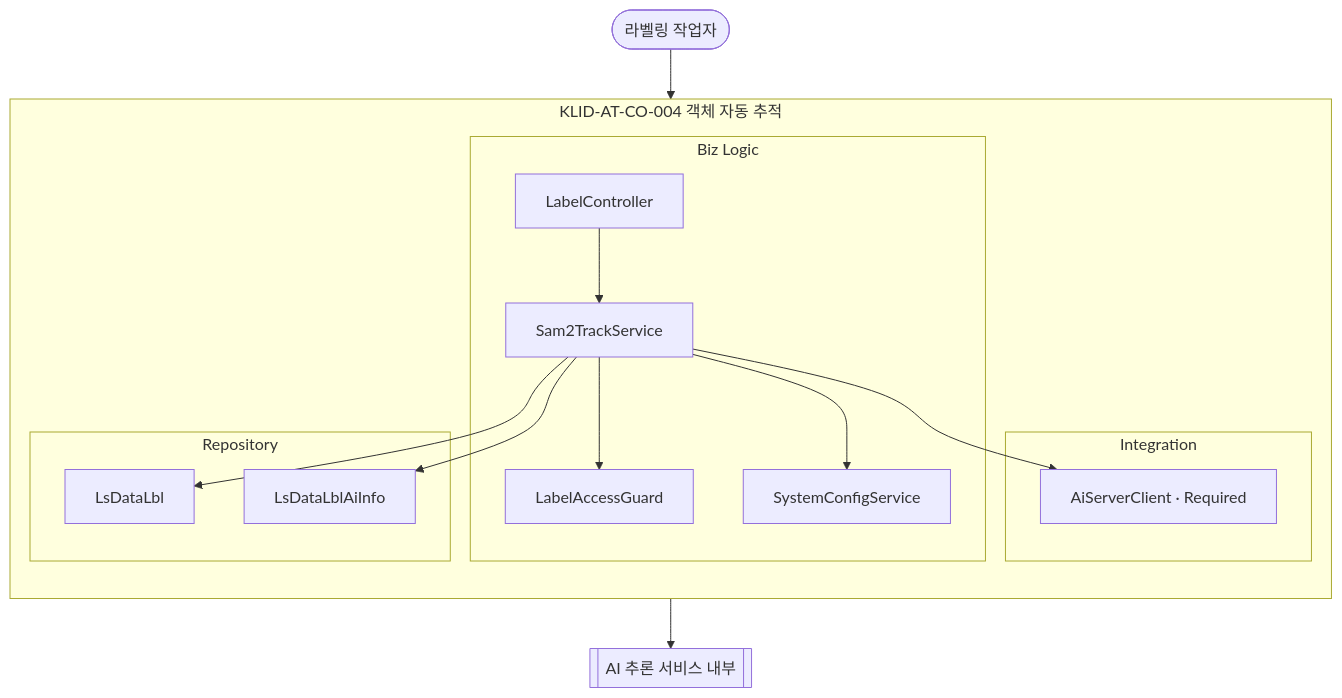
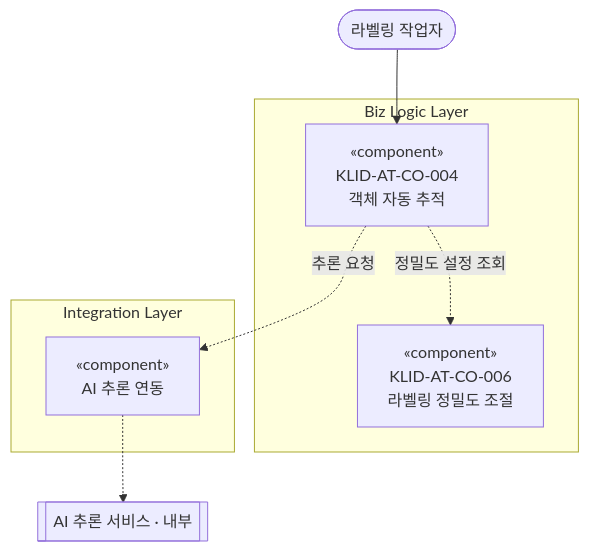
One commit to New-stella/klid-label changed the fourth of 18 diagrams in docs/design/D3-컴포넌트설계서.md. Above: the diagram before and after it, drawn with Mermaid. The commit also changed other lines of this file and 10 other files, not shown here.

````diff
--- a/docs/design/D3-컴포넌트설계서.md
+++ b/docs/design/D3-컴포넌트설계서.md
@@ -134,29 +97,16 @@
 ```mermaid
 flowchart TD
     WORKER([라벨링 작업자])
-    AISVC[[AI 추론 서비스 내부]]
-    subgraph CO004[KLID-AT-CO-004 객체 자동 추적]
-        direction TB
-        subgraph BIZ4[Biz Logic]
-            LC[LabelController]
-            STS[Sam2TrackService]
-            LAG[LabelAccessGuard]
-            SCS[SystemConfigService]
-        end
-        subgraph INT4[Integration]
-            ASC[AiServerClient · Required]
-        end
-        subgraph REP4[Repository]
-            LBL4[LsDataLbl]
-            AII[LsDataLblAiInfo]
-        end
-        LC --> STS
-        STS --> LAG
-        STS --> ASC
-        STS --> SCS
-        STS --> LBL4
-        STS --> AII
+    AISVC[[AI 추론 서비스 · 내부]]
+    subgraph BIZ4[Biz Logic Layer]
+        CO004["«component»<br/>KLID-AT-CO-004<br/>객체 자동 추적"]
+        CO006R["«component»<br/>KLID-AT-CO-006<br/>라벨링 정밀도 조절"]
     end
-    WORKER --> LC
-    ASC --> AISVC
+    subgraph INT4[Integration Layer]
+        AISERVER["«component»<br/>AI 추론 연동"]
+    end
+    WORKER --> CO004
+    CO004 -.정밀도 설정 조회.-> CO006R
+    CO004 -.추론 요청.-> AISERVER
+    AISERVER -.-> AISVC
 ```
````
